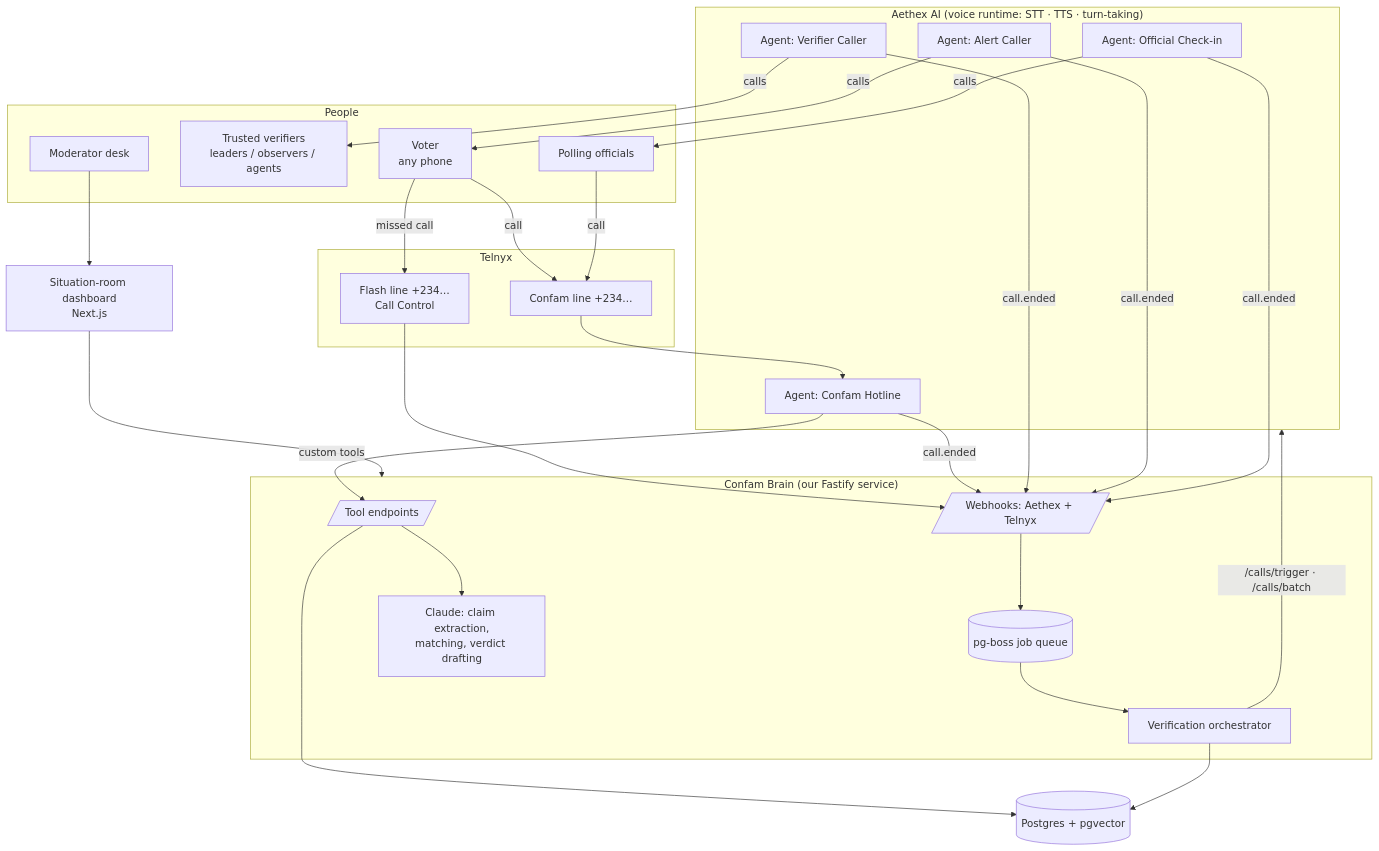
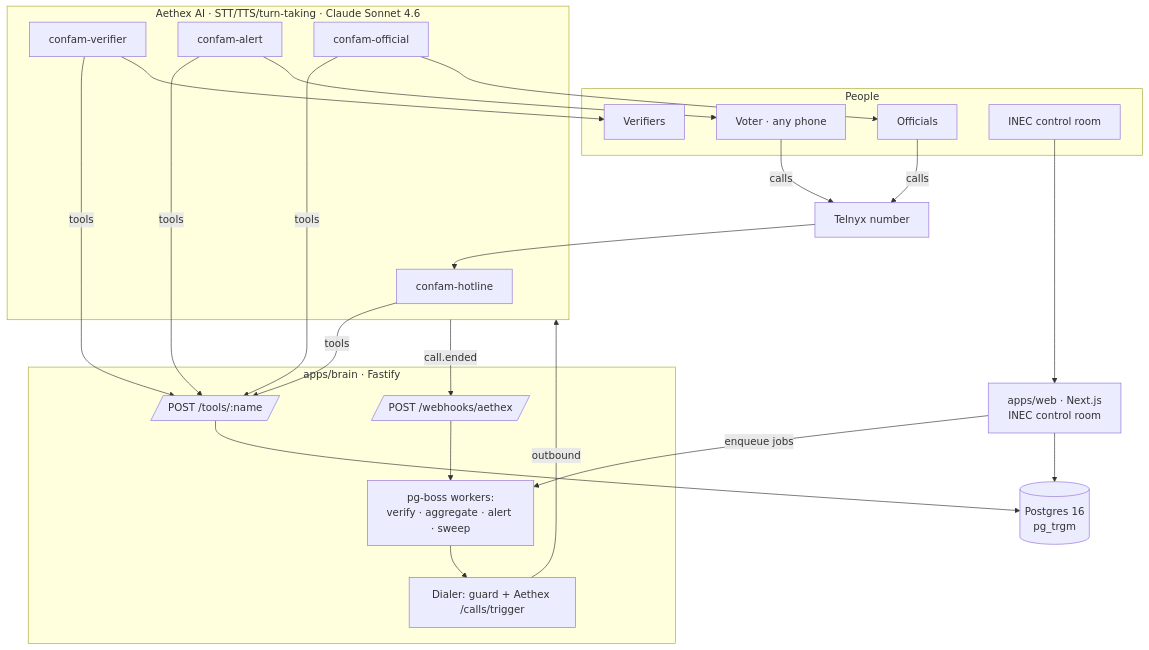
Before and after one commit to ktechfest2/TEAM-4-3.0: the second of 4 diagrams in ARCHITECTURE.md, drawn with Mermaid. The commit also changed other lines of this file, not shown here.

Commit message:
docs: architecture v2 with Aethex-only voice, automatic verdicts and demo data rules

````diff
--- a/ARCHITECTURE.md
+++ b/ARCHITECTURE.md
@@ -86,44 +78,35 @@
 ```mermaid
 flowchart TB
   subgraph People
-    V[Voter<br/>any phone]
-    TV[Trusted verifiers<br/>leaders / observers / agents]
-    PO[Polling officials]
-    MOD[Moderator desk]
+    V[Voter · any phone]
+    TV[Verifiers]
+    PO[Officials]
+    OPS[INEC control room]
   end
-  subgraph Telnyx
-    N1[Confam line +234…]
-    N2[Flash line +234…<br/>Call Control]
+  N1[Telnyx number]
+  subgraph Aethex["Aethex AI · STT/TTS/turn-taking · Claude Sonnet 4.6"]
+    AG1[confam-hotline]
+    AG2[confam-verifier]
+    AG3[confam-alert]
+    AG4[confam-official]
   end
-  subgraph Aethex["Aethex AI (voice runtime: STT · TTS · turn-taking)"]
-    AG1[Agent: Confam Hotline]
-    AG2[Agent: Verifier Caller]
-    AG3[Agent: Alert Caller]
-    AG4[Agent: Official Check-in]
+  subgraph Brain["apps/brain · Fastify"]
+    TOOLS[/POST /tools/:name/]
+    WH[/POST /webhooks/aethex/]
+    JOBS[pg-boss workers:<br/>verify · aggregate · alert · sweep]
+    DIAL[Dialer: guard + Aethex /calls/trigger]
   end
-  subgraph Brain["Confam Brain (our Fastify service)"]
-    TOOLS[/Tool endpoints/]
-    WH[/Webhooks: Aethex + Telnyx/]
-    ORCH[Verification orchestrator]
-    JOBS[(pg-boss job queue)]
-    LLM[Claude: claim extraction,<br/>matching, verdict drafting]
-  end
-  DB[(Postgres + pgvector)]
-  WEB[Situation-room dashboard<br/>Next.js]
+  DB[(Postgres 16<br/>pg_trgm)]
+  WEB[apps/web · Next.js<br/>INEC control room]
 
-  V -- call --> N1 --> AG1
-  V -- missed call --> N2 --> WH
-  AG1 -- custom tools --> TOOLS
-  AG1 & AG2 & AG3 & AG4 -- call.ended --> WH
-  TOOLS --> DB
-  TOOLS --> LLM
-  WH --> JOBS --> ORCH
-  ORCH -- /calls/trigger · /calls/batch --> Aethex
-  AG2 -- calls --> TV
-  AG3 -- calls --> V
-  AG4 -- calls --> PO
-  PO -- call --> N1
-  ORCH --> DB
-  WEB --> Brain
-  MOD --> WEB
+  V -- calls --> N1 --> AG1
+  AG1 & AG2 & AG3 & AG4 -- tools --> TOOLS --> DB
+  Aethex -- call.ended --> WH --> JOBS
+  JOBS --> DIAL -- outbound --> Aethex
+  AG2 --> TV
+  AG3 --> V
+  AG4 --> PO
+  PO -- calls --> N1
+  OPS --> WEB --> DB
+  WEB -- enqueue jobs --> JOBS
 ```
````
